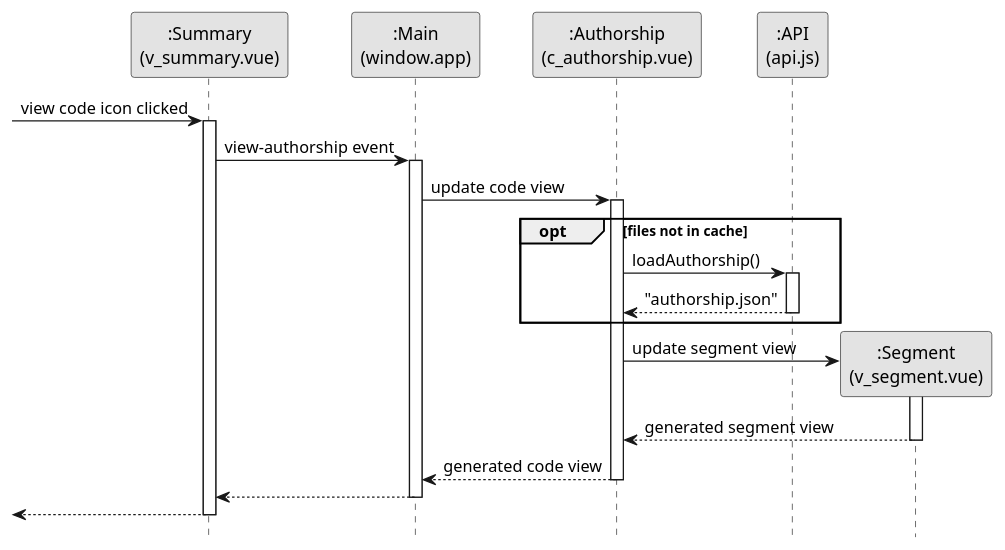
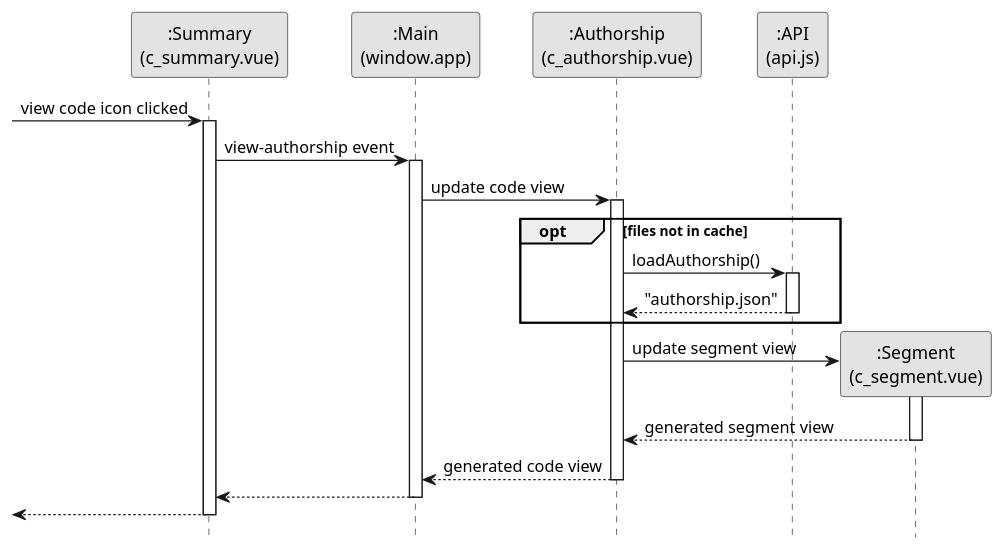
One commit to reposense/RepoSense changed the diagram in docs/diagrams/ReportArchitectureAuthorship.puml. Above: the diagram before and after it, drawn with PlantUML. The commit also changed 3 other files, not shown here.

Commit message:
Update architecture diagrams

```diff
--- a/docs/diagrams/ReportArchitectureAuthorship.puml
+++ b/docs/diagrams/ReportArchitectureAuthorship.puml
@@ -1,46 +1,46 @@
 @startuml
 hide footbox
 skinparam monochrome true
 skinparam Shadowing false
 
-Participant ":Summary\n(v_summary.vue)" as summary
+Participant ":Summary\n(c_summary.vue)" as summary
 Participant ":Main\n(window.app)" as main
 Participant ":Authorship\n(c_authorship.vue)" as authorship
 Participant ":API\n(api.js)" as api
-Participant ":Segment\n(v_segment.vue)" as segment
+Participant ":Segment\n(c_segment.vue)" as segment
 
 -> summary : view code icon clicked
 activate summary
 
 summary -> main : view-authorship event
 activate main
 
 main -> authorship : update code view
 activate authorship
 
 opt files not in cache
 
 authorship -> api : loadAuthorship()
 activate api
 
 api --> authorship: "authorship.json"
 deactivate api
 
 end
 
 create segment
 authorship -> segment : update segment view
 activate segment
 
 segment --> authorship : generated segment view
 deactivate segment
 
 authorship --> main : generated code view
 deactivate authorship
 
 main --> summary
 deactivate main
 
 <-- summary
 deactivate summary
 @enduml
```
